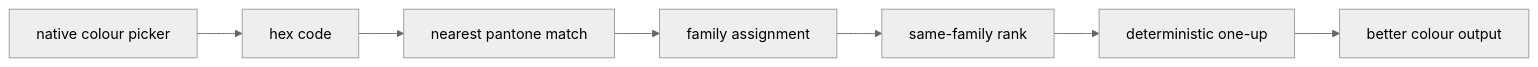
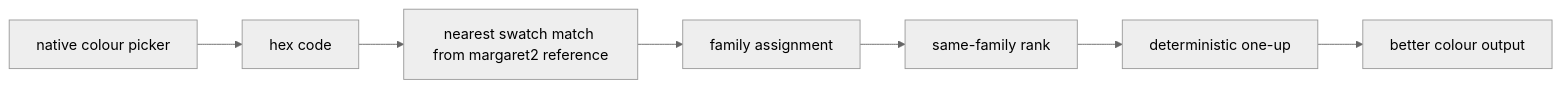
The diagram in docs/diagrams/PIPELINE.md (tryskian/huemiliator), drawn with Mermaid (neutral theme) before and after one commit. The commit also changed 8 other files, not shown here.

````diff
--- a/docs/diagrams/PIPELINE.md
+++ b/docs/diagrams/PIPELINE.md
@@ -8,12 +8,12 @@
 ```mermaid
 flowchart LR
   A["native colour picker"]
   B["hex code"]
-  C["nearest pantone match"]
+  C["nearest swatch match from margaret2 reference"]
   D["family assignment"]
   E["same-family rank"]
   F["deterministic one-up"]
   G["better colour output"]
 
   A --> B --> C --> D --> E --> F --> G
 ```
````
